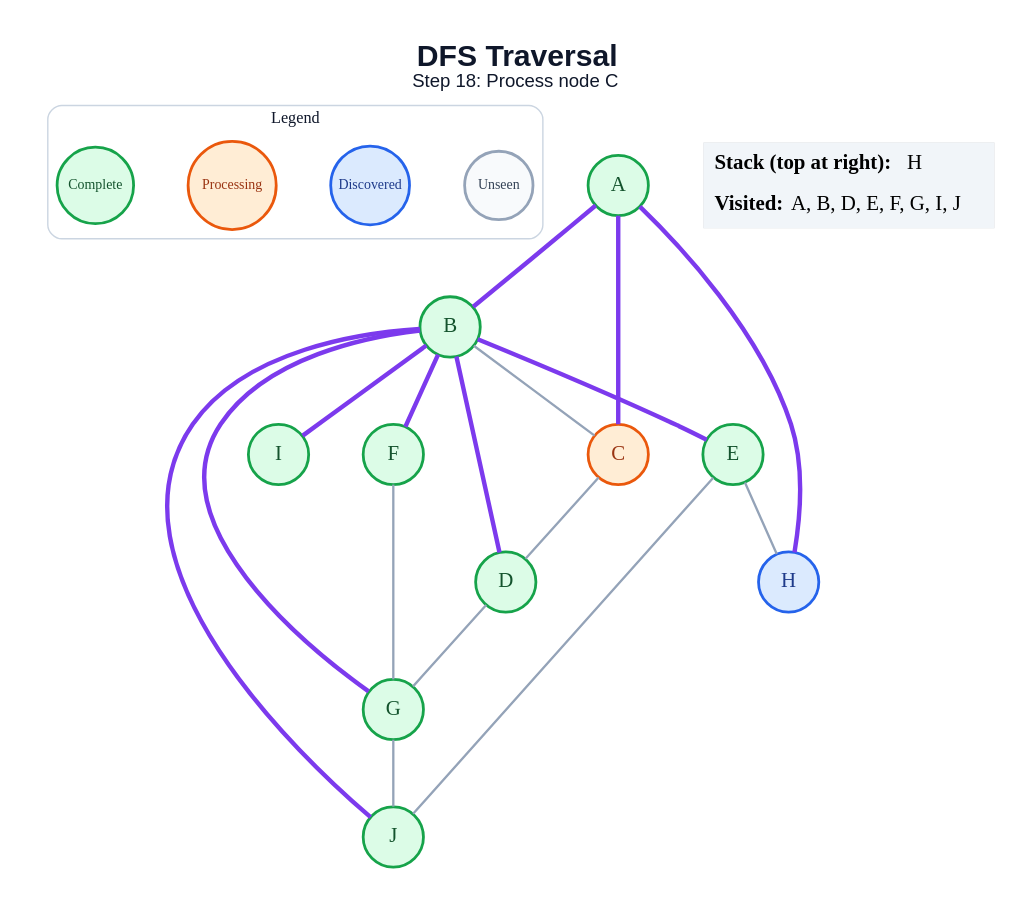
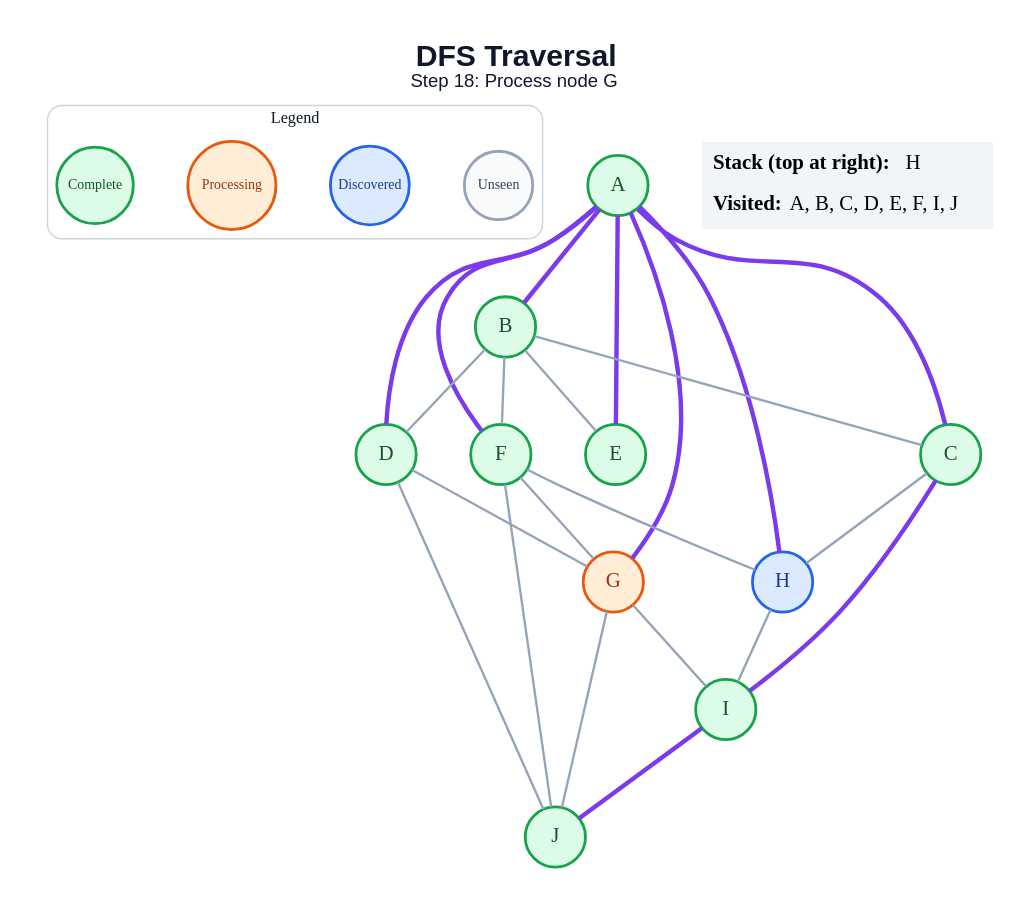
Before and after one commit to amanghodawala9/ai-slop: the diagram in generated/dfs/step_18.dot, drawn with Graphviz. The commit also changed 178 other files, not shown here.

```diff
--- a/generated/dfs/step_18.dot
+++ b/generated/dfs/step_18.dot
@@ -1,45 +1,51 @@
 graph traversal {
   graph [layout=dot, rankdir=TB, bgcolor="#FFFFFF", pad="0.35", nodesep="0.65", ranksep="0.8", fontname="Arial"];
   node [shape=circle, style="filled", fontname="Arial Bold", fontsize=18, width=0.72, fixedsize=true, penwidth=2.4];
   edge [color="#94A3B8", penwidth=2.0];
-  label=<<B>DFS Traversal</B><BR/><FONT POINT-SIZE="16">Step 18: Process node C</FONT>>; labelloc="t"; fontsize=26; fontname="Arial"; fontcolor="#0F172A";
+  label=<<B>DFS Traversal</B><BR/><FONT POINT-SIZE="16">Step 18: Process node G</FONT>>; labelloc="t"; fontsize=26; fontname="Arial"; fontcolor="#0F172A";
   subgraph cluster_legend { label="Legend"; color="#CBD5E1"; penwidth=1.2; style="rounded"; fontsize=14; fontname="Arial Bold";
     key_unseen [label="Unseen", fillcolor="#F8FAFC", color="#94A3B8", fontcolor="#334155", fontsize=12, width=0.82];
     key_frontier [label="Discovered", fillcolor="#DBEAFE", color="#2563EB", fontcolor="#1E3A8A", fontsize=12, width=0.95];
     key_current [label="Processing", fillcolor="#FFEDD5", color="#EA580C", fontcolor="#9A3412", fontsize=12, width=1.05];
     key_done [label="Complete", fillcolor="#DCFCE7", color="#16A34A", fontcolor="#14532D", fontsize=12, width=0.92];
     { rank=same; key_unseen; key_frontier; key_current; key_done; }
   }
   A [fillcolor="#DCFCE7", color="#16A34A", fontcolor="#14532D"];
   B [fillcolor="#DCFCE7", color="#16A34A", fontcolor="#14532D"];
-  C [fillcolor="#FFEDD5", color="#EA580C", fontcolor="#9A3412"];
+  C [fillcolor="#DCFCE7", color="#16A34A", fontcolor="#14532D"];
   D [fillcolor="#DCFCE7", color="#16A34A", fontcolor="#14532D"];
   E [fillcolor="#DCFCE7", color="#16A34A", fontcolor="#14532D"];
   F [fillcolor="#DCFCE7", color="#16A34A", fontcolor="#14532D"];
-  G [fillcolor="#DCFCE7", color="#16A34A", fontcolor="#14532D"];
+  G [fillcolor="#FFEDD5", color="#EA580C", fontcolor="#9A3412"];
   H [fillcolor="#DBEAFE", color="#2563EB", fontcolor="#1E3A8A"];
   I [fillcolor="#DCFCE7", color="#16A34A", fontcolor="#14532D"];
   J [fillcolor="#DCFCE7", color="#16A34A", fontcolor="#14532D"];
   A -- B [color="#7C3AED", penwidth=3.8];
   A -- C [color="#7C3AED", penwidth=3.8];
+  A -- D [color="#7C3AED", penwidth=3.8];
+  A -- E [color="#7C3AED", penwidth=3.8];
+  A -- F [color="#7C3AED", penwidth=3.8];
+  A -- G [color="#7C3AED", penwidth=3.8];
   A -- H [color="#7C3AED", penwidth=3.8];
   B -- C;
-  B -- D [color="#7C3AED", penwidth=3.8];
-  B -- E [color="#7C3AED", penwidth=3.8];
-  B -- F [color="#7C3AED", penwidth=3.8];
-  B -- G [color="#7C3AED", penwidth=3.8];
-  B -- I [color="#7C3AED", penwidth=3.8];
-  B -- J [color="#7C3AED", penwidth=3.8];
-  C -- D;
+  B -- D;
+  B -- E;
+  B -- F;
+  C -- H;
+  C -- I [color="#7C3AED", penwidth=3.8];
   D -- G;
-  E -- H;
-  E -- J;
+  D -- J;
   F -- G;
+  F -- H;
+  F -- J;
+  G -- I;
   G -- J;
+  H -- I;
+  I -- J [color="#7C3AED", penwidth=3.8];
   status [shape=plain, fixedsize=false, width=0, height=0, margin=0, label=<
     <TABLE BORDER="0" CELLBORDER="0" CELLPADDING="7" BGCOLOR="#F1F5F9">
       <TR><TD ALIGN="LEFT"><B>Stack (top at right):</B> H</TD></TR>
-      <TR><TD ALIGN="LEFT"><B>Visited:</B> A, B, D, E, F, G, I, J</TD></TR>
+      <TR><TD ALIGN="LEFT"><B>Visited:</B> A, B, C, D, E, F, I, J</TD></TR>
     </TABLE>
   >];
 }
```
